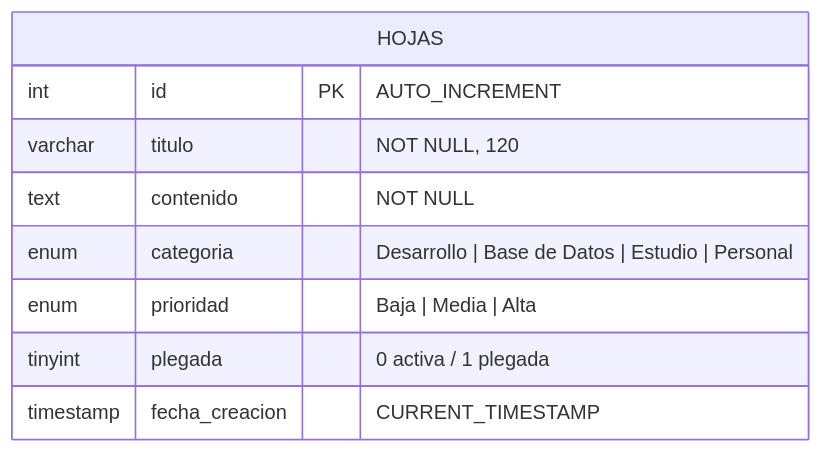
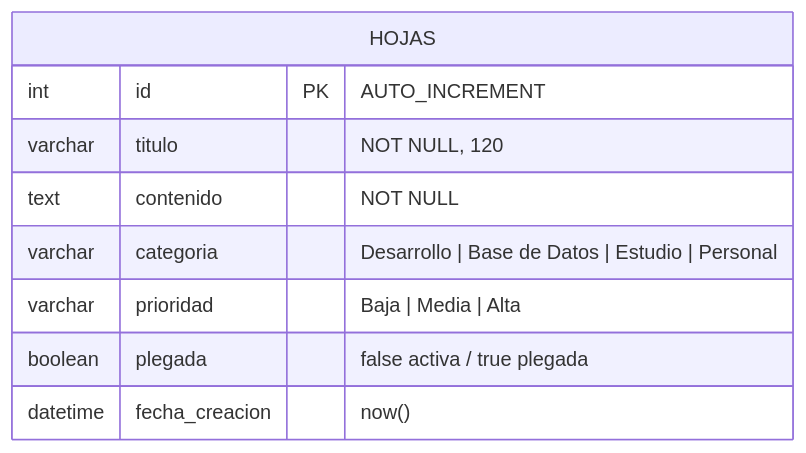
One commit to macaqui/origami changed the diagram in README.md. Above: the diagram before and after it, drawn with Mermaid. The commit also changed other lines of this file and 15 other files, not shown here.

````diff
--- a/README.md
+++ b/README.md
@@ -197,12 +206,12 @@
 ```mermaid
 erDiagram
     HOJAS {
         int     id PK "AUTO_INCREMENT"
         varchar titulo "NOT NULL, 120"
         text    contenido "NOT NULL"
-        enum    categoria "Desarrollo | Base de Datos | Estudio | Personal"
-        enum    prioridad "Baja | Media | Alta"
-        tinyint plegada "0 activa / 1 plegada"
-        timestamp fecha_creacion "CURRENT_TIMESTAMP"
+        varchar categoria "Desarrollo | Base de Datos | Estudio | Personal"
+        varchar prioridad "Baja | Media | Alta"
+        boolean plegada "false activa / true plegada"
+        datetime fecha_creacion "now()"
     }
 ```
````
